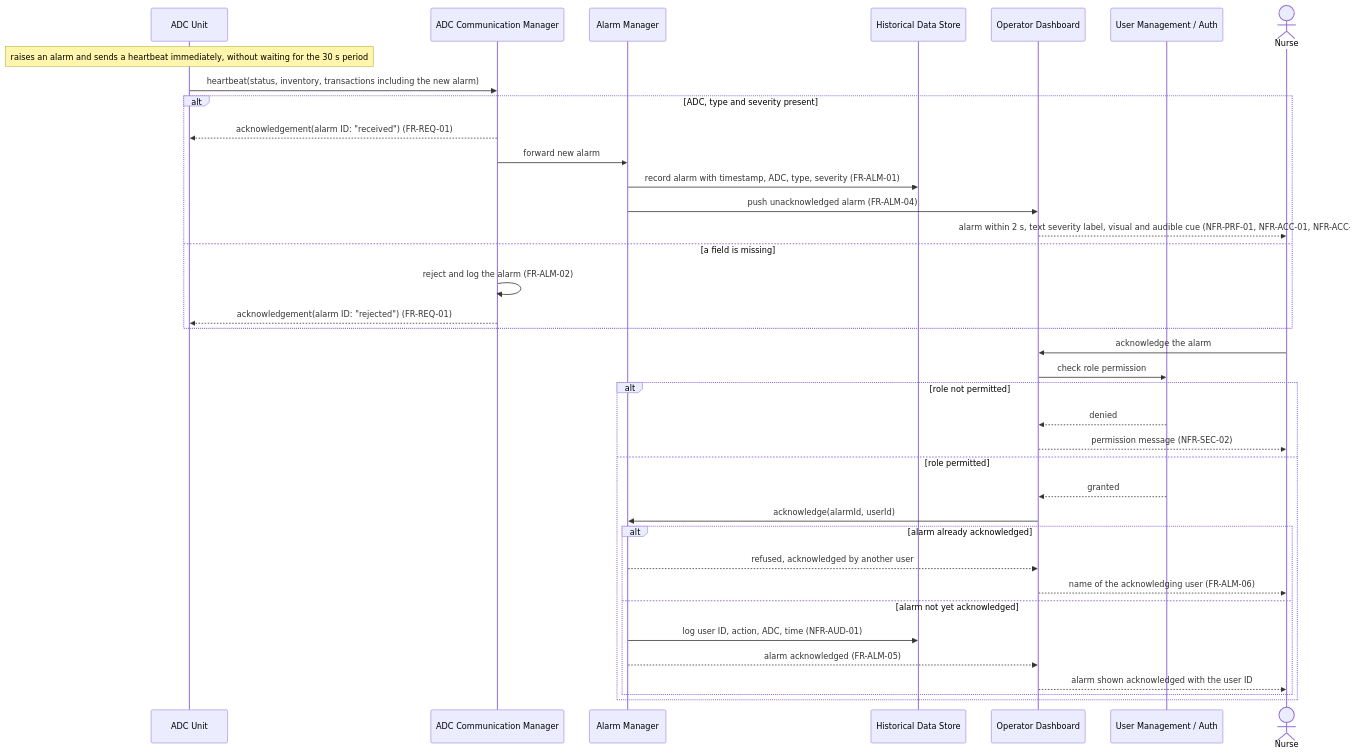
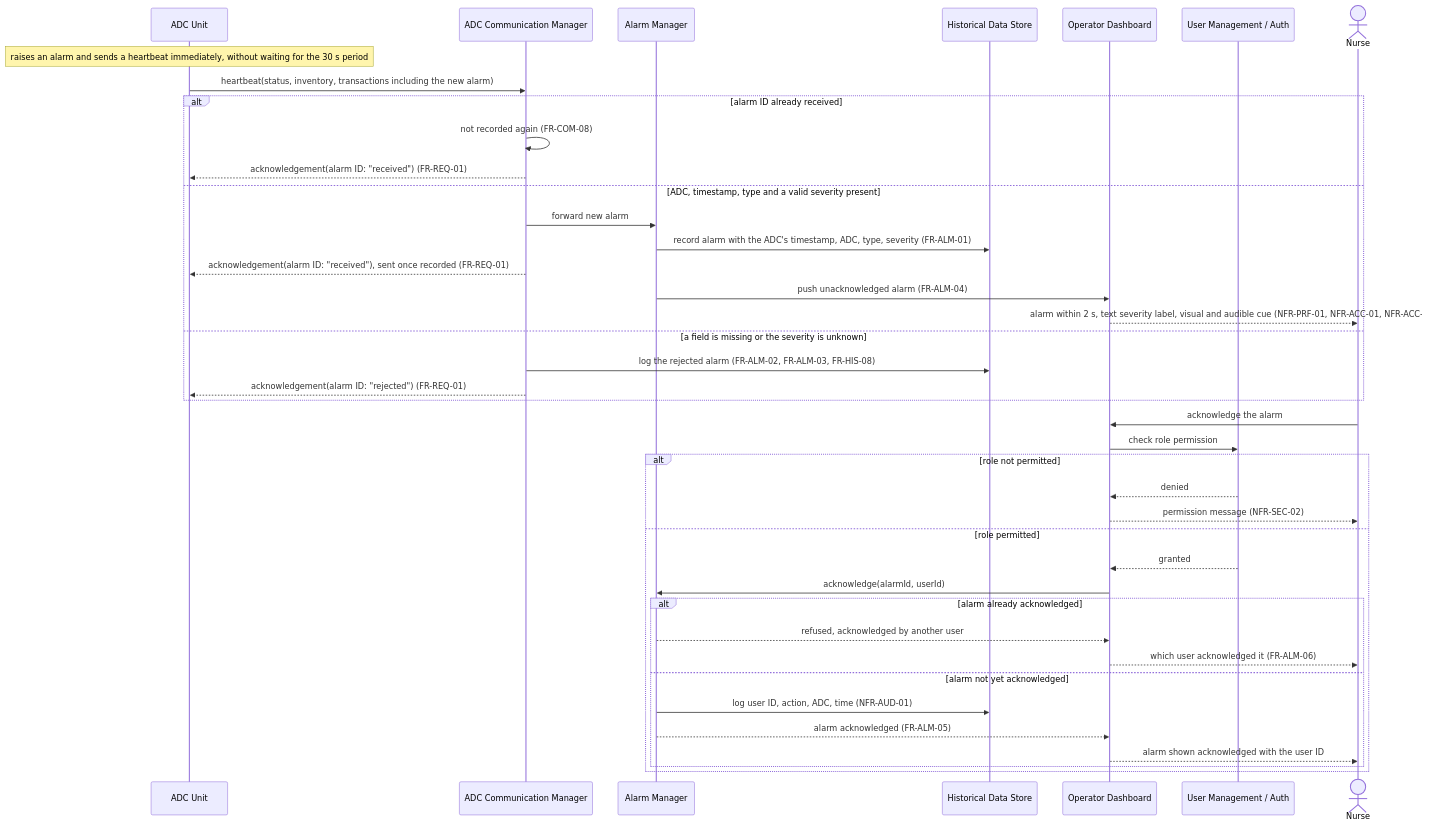
One commit to LukaMrt/3K04-project changed the second of 3 diagrams in docs/part-b/diagrams/sequence-diagram.md. Above: the diagram before and after it, drawn with Mermaid. The commit also changed other lines of this file and 10 other files, not shown here.

````diff
--- a/docs/part-b/diagrams/sequence-diagram.md
+++ b/docs/part-b/diagrams/sequence-diagram.md
@@ -67,41 +74,44 @@
 ```mermaid
 sequenceDiagram
     participant ADC as ADC Unit
     participant CommMgr as ADC Communication Manager
     participant AlarmMgr as Alarm Manager
     participant HistStore as Historical Data Store
     participant Dashboard as Operator Dashboard
     participant UserMgmt as User Management / Auth
     actor User as Nurse
 
     Note over ADC: raises an alarm and sends a heartbeat immediately, without waiting for the 30 s period
     ADC->>CommMgr: heartbeat(status, inventory, transactions including the new alarm)
-    alt ADC, type and severity present
+    alt alarm ID already received
+        CommMgr->>CommMgr: not recorded again (FR-COM-08)
         CommMgr-->>ADC: acknowledgement(alarm ID: "received") (FR-REQ-01)
+    else ADC, timestamp, type and a valid severity present
         CommMgr->>AlarmMgr: forward new alarm
-        AlarmMgr->>HistStore: record alarm with timestamp, ADC, type, severity (FR-ALM-01)
+        AlarmMgr->>HistStore: record alarm with the ADC's timestamp, ADC, type, severity (FR-ALM-01)
+        CommMgr-->>ADC: acknowledgement(alarm ID: "received"), sent once recorded (FR-REQ-01)
         AlarmMgr->>Dashboard: push unacknowledged alarm (FR-ALM-04)
         Dashboard-->>User: alarm within 2 s, text severity label, visual and audible cue (NFR-PRF-01, NFR-ACC-01, NFR-ACC-02)
-    else a field is missing
-        CommMgr->>CommMgr: reject and log the alarm (FR-ALM-02)
+    else a field is missing or the severity is unknown
+        CommMgr->>HistStore: log the rejected alarm (FR-ALM-02, FR-ALM-03, FR-HIS-08)
         CommMgr-->>ADC: acknowledgement(alarm ID: "rejected") (FR-REQ-01)
     end
 
     User->>Dashboard: acknowledge the alarm
     Dashboard->>UserMgmt: check role permission
     alt role not permitted
         UserMgmt-->>Dashboard: denied
         Dashboard-->>User: permission message (NFR-SEC-02)
     else role permitted
         UserMgmt-->>Dashboard: granted
         Dashboard->>AlarmMgr: acknowledge(alarmId, userId)
         alt alarm already acknowledged
             AlarmMgr-->>Dashboard: refused, acknowledged by another user
-            Dashboard-->>User: name of the acknowledging user (FR-ALM-06)
+            Dashboard-->>User: which user acknowledged it (FR-ALM-06)
         else alarm not yet acknowledged
             AlarmMgr->>HistStore: log user ID, action, ADC, time (NFR-AUD-01)
             AlarmMgr-->>Dashboard: alarm acknowledged (FR-ALM-05)
             Dashboard-->>User: alarm shown acknowledged with the user ID
         end
     end
 ```
````
